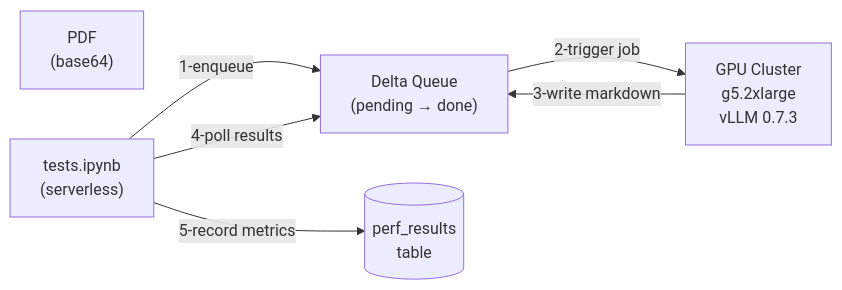
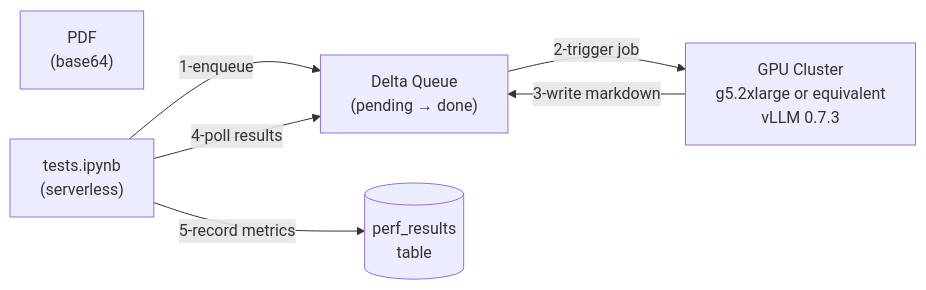
Before and after one commit to manganganath/doc_parsing_mineru_vllm_databricks: the first of 2 diagrams in README.md, drawn with Mermaid. The commit also changed other lines of this file and 8 other files, not shown here.

Commit message:
Update cluster requirements: Serverless for CPU notebooks, g5.2xlarge or equivalent for GPU

````diff
--- a/README.md
+++ b/README.md
@@ -16,14 +16,14 @@
 ```mermaid
 flowchart LR
     PDF["PDF<br/>(base64)"]
     Tests["tests.ipynb<br/>(serverless)"]
     Queue["Delta Queue<br/>(pending → done)"]
-    GPU["GPU Cluster<br/>g5.2xlarge<br/>vLLM 0.7.3"]
+    GPU["GPU Cluster<br/>g5.2xlarge or equivalent<br/>vLLM 0.7.3"]
     Perf[("perf_results<br/>table")]
 
     Tests -- "1-enqueue" --> Queue
     Queue -- "2-trigger job" --> GPU
     GPU -- "3-write markdown" --> Queue
     Tests -- "4-poll results" --> Queue
     Tests -- "5-record metrics" --> Perf
 ```
````
